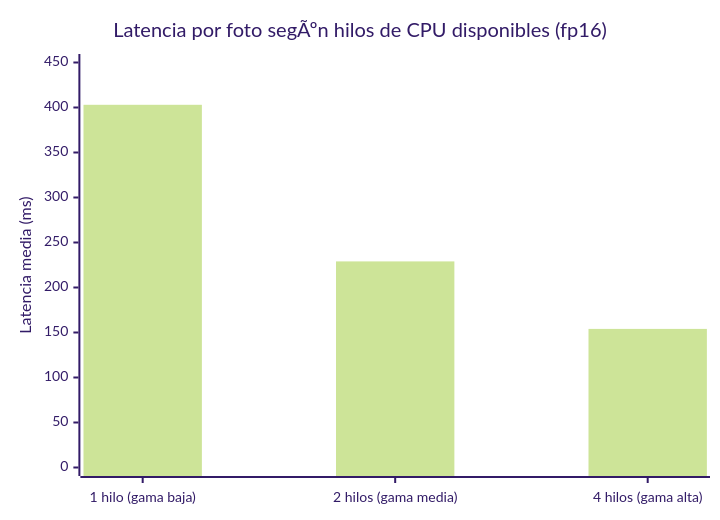
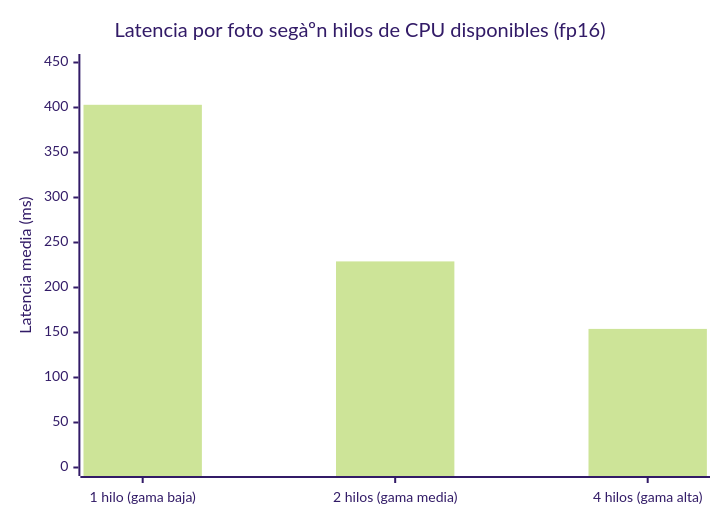
Before and after one commit to Mogollo7/anura-app: the third of 4 diagrams in Second Brain/Brain/04 Desarrollo Técnico/Optimización para Inferencia en Móvil.md, drawn with Mermaid (forest theme). The commit also changed other lines of this file and 67 other files, not shown here.

````diff
--- a/Second Brain/Brain/04 Desarrollo Técnico/Optimización para Inferencia en Móvil.md
+++ b/Second Brain/Brain/04 Desarrollo Técnico/Optimización para Inferencia en Móvil.md
@@ -121,7 +121,7 @@
 ```mermaid
 xychart-beta
-    title "Latencia por foto segÃºn hilos de CPU disponibles (fp16)"
+    title "Latencia por foto segàºn hilos de CPU disponibles (fp16)"
     x-axis ["1 hilo (gama baja)", "2 hilos (gama media)", "4 hilos (gama alta)"]
     y-axis "Latencia media (ms)" 0 --> 450
     bar [403, 229, 154]
 ```
````
